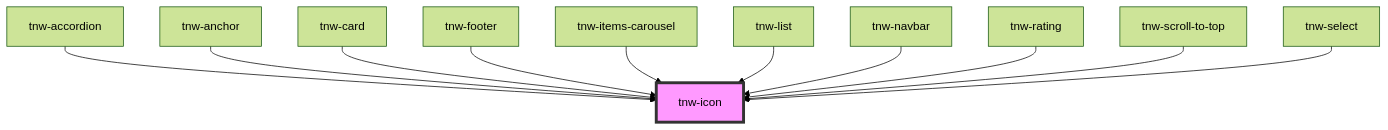
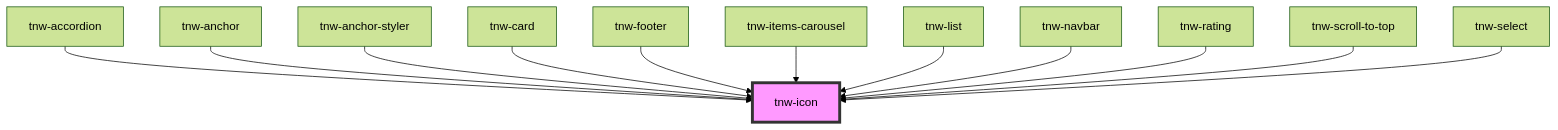
One commit to technway/technway-component-library changed the diagram in packages/stencil-library/src/components/tnw-icon/readme.md. Above: the diagram before and after it, drawn with Mermaid (forest theme). The commit also changed other lines of this file and 17 other files, not shown here.

Commit message:
feat(stencil-library): introduce tnw-anchor-styler component

````diff
--- a/packages/stencil-library/src/components/tnw-icon/readme.md
+++ b/packages/stencil-library/src/components/tnw-icon/readme.md
@@ -100,14 +101,15 @@
 ```mermaid
 graph TD;
   tnw-accordion --> tnw-icon
   tnw-anchor --> tnw-icon
+  tnw-anchor-styler --> tnw-icon
   tnw-card --> tnw-icon
   tnw-footer --> tnw-icon
   tnw-items-carousel --> tnw-icon
   tnw-list --> tnw-icon
   tnw-navbar --> tnw-icon
   tnw-rating --> tnw-icon
   tnw-scroll-to-top --> tnw-icon
   tnw-select --> tnw-icon
   style tnw-icon fill:#f9f,stroke:#333,stroke-width:4px
 ```
````
